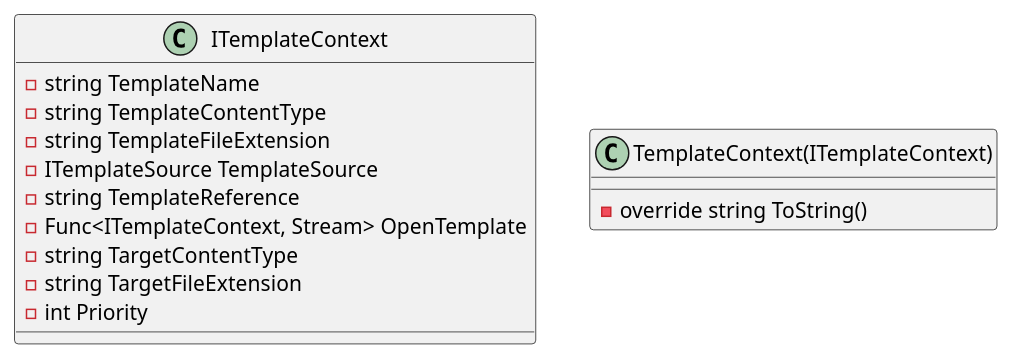
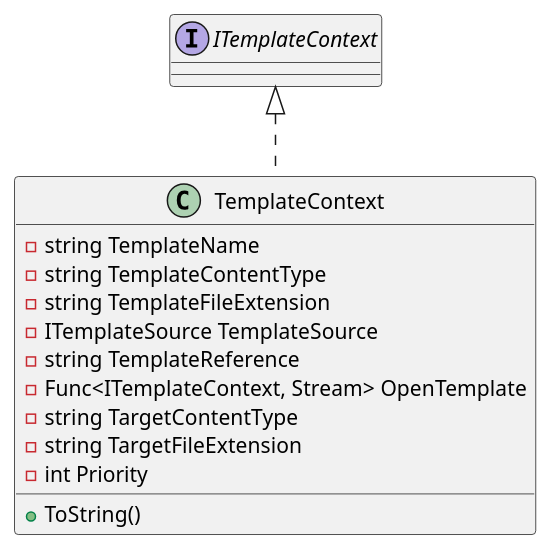
Before and after one commit to mwwhited-forks/dotnet-libs: the third of 5 diagrams in docs/generated/Framework/Eliassen.System/Text/Templating/Documentation.md, drawn with PlantUML. The commit also changed other lines of this file and 444 other files, not shown here.

````diff
--- a/docs/generated/Framework/Eliassen.System/Text/Templating/Documentation.md
+++ b/docs/generated/Framework/Eliassen.System/Text/Templating/Documentation.md
@@ -41,19 +66,18 @@
 ```plantuml
 @startuml
-class ITemplateContext {
-    - string TemplateName
-    - string TemplateContentType
-    - string TemplateFileExtension
-    - ITemplateSource TemplateSource
-    - string TemplateReference
-    - Func<ITemplateContext, Stream> OpenTemplate
-    - string TargetContentType
-    - string TargetFileExtension
-    - int Priority
+class TemplateContext implements ITemplateContext {
+  - string TemplateName
+  - string TemplateContentType
+  - string TemplateFileExtension
+  - ITemplateSource TemplateSource
+  - string TemplateReference
+  - Func<ITemplateContext, Stream> OpenTemplate
+  - string TargetContentType
+  - string TargetFileExtension
+  - int Priority
+
+  + ToString()
 }
 
-class TemplateContext(ITemplateContext) {
-    - override string ToString()
-}
 @enduml
 ```
````
